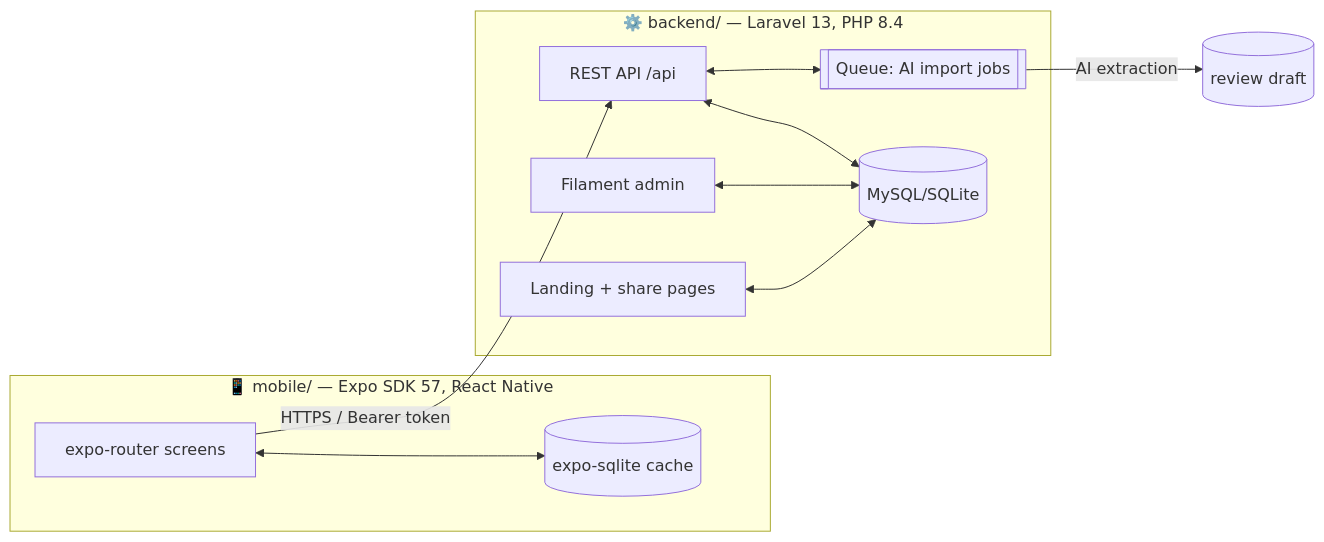
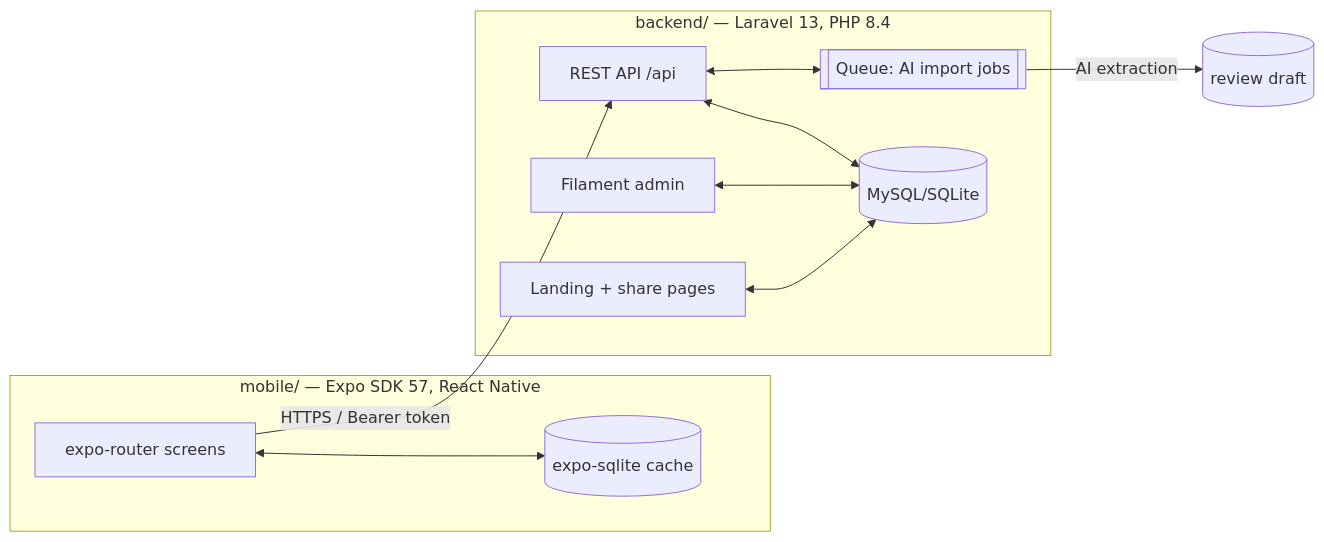
One commit to SoftLand-Tech/recipe-real changed the diagram in README.md. Above: the diagram before and after it, drawn with Mermaid. The commit also changed other lines of this file and 4 other files, not shown here.

````diff
--- a/README.md
+++ b/README.md
@@ -55,21 +55,21 @@
 ```mermaid
 flowchart LR
-    subgraph Client["📱 mobile/ — Expo SDK 57, React Native"]
+    subgraph Client["mobile/ — Expo SDK 57, React Native"]
         UI[expo-router screens]
         DB[(expo-sqlite cache)]
         UI <--> DB
     end
-    subgraph Server["⚙️ backend/ — Laravel 13, PHP 8.4"]
+    subgraph Server["backend/ — Laravel 13, PHP 8.4"]
         API[REST API /api]
         WEB[Landing + share pages]
         ADMIN[Filament admin]
         QUEUE[[Queue: AI import jobs]]
         SQL[(MySQL/SQLite)]
     end
     UI -- HTTPS / Bearer token --> API
     API <--> SQL
     API <--> QUEUE
     QUEUE -- AI extraction --> DRAFT[(review draft)]
     ADMIN <--> SQL
     WEB <--> SQL
 ```
````
